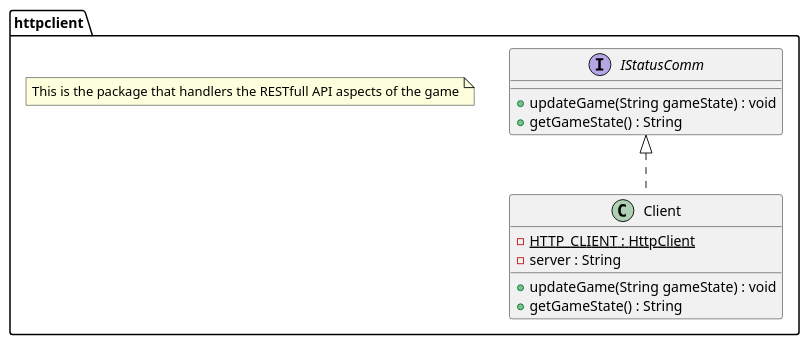
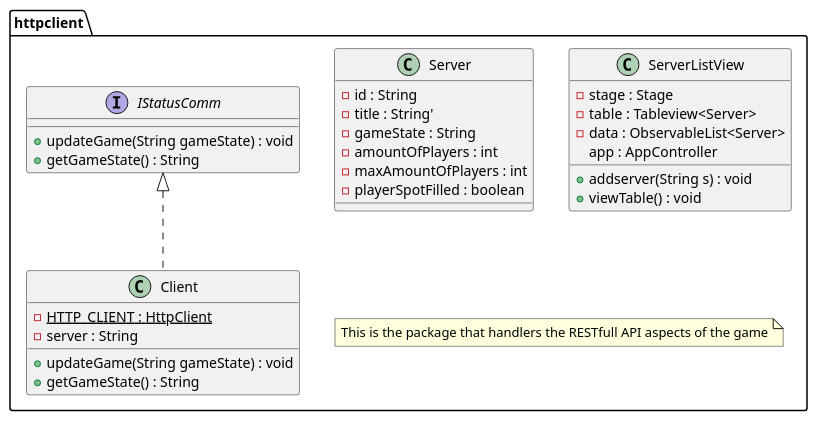
Before and after one commit to MikaelFangel/RoboRally: the diagram in diagrams/DesignClassDiagramPackageHTTPClient.puml, drawn with PlantUML. The commit also changed 2 other files, not shown here.

Commit message:
Updated some class design diagrams.

```diff
--- a/diagrams/DesignClassDiagramPackageHTTPClient.puml
+++ b/diagrams/DesignClassDiagramPackageHTTPClient.puml
@@ -1,22 +1,39 @@
 @startuml
 skinparam groupInheritance 2
 skinparam linetype polyline
 
 package httpclient{
    class Client implements IStatusComm {
       {Static} -HTTP_CLIENT : HttpClient
       -server : String
 
       +updateGame(String gameState) : void
       +getGameState() : String
    }
    interface IStatusComm{
      +updateGame(String gameState) : void
      +getGameState() : String
    }
+   class Server{
+      -id : String
+      -title : String'
+      -gameState : String
+      -amountOfPlayers : int
+      -maxAmountOfPlayers : int
+      -playerSpotFilled : boolean
+   }
+   class ServerListView{
+       -stage : Stage
+       -table : Tableview<Server>
+       -data : ObservableList<Server>
+        app : AppController
 
+        +addserver(String s) : void
+        +viewTable() : void
+
+   }
    note "This is the package that handlers the RESTfull API aspects of the game" as note1
 }
 
 
 @enduml
```
